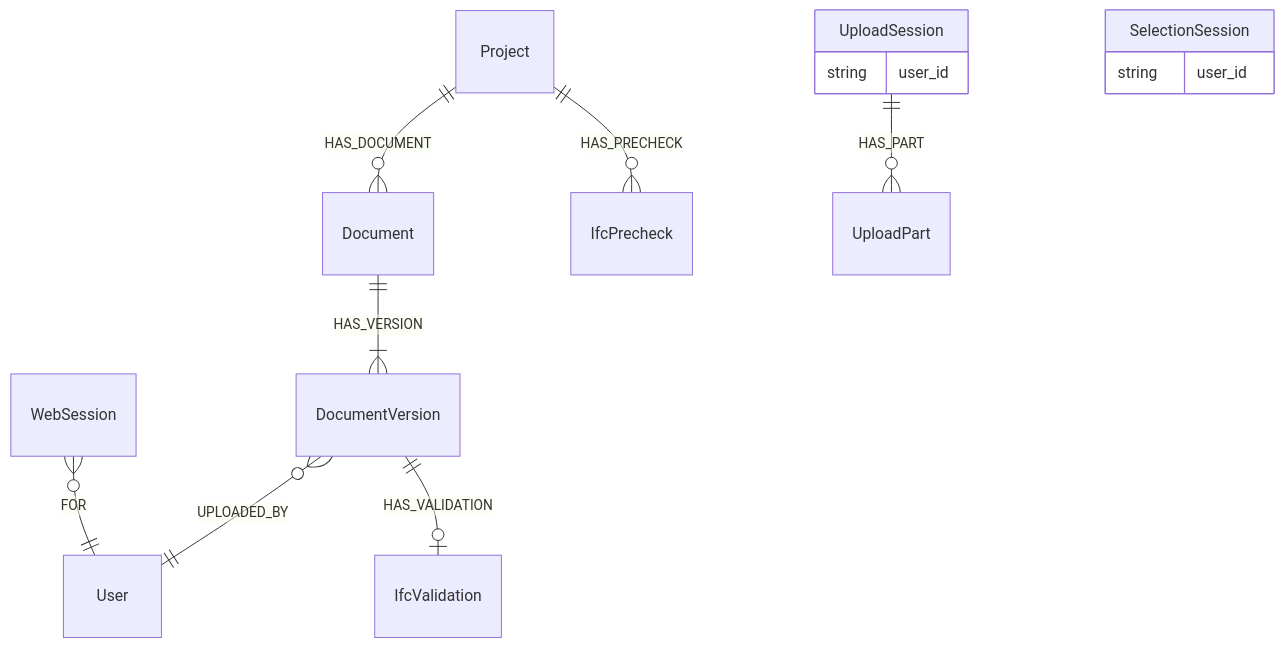
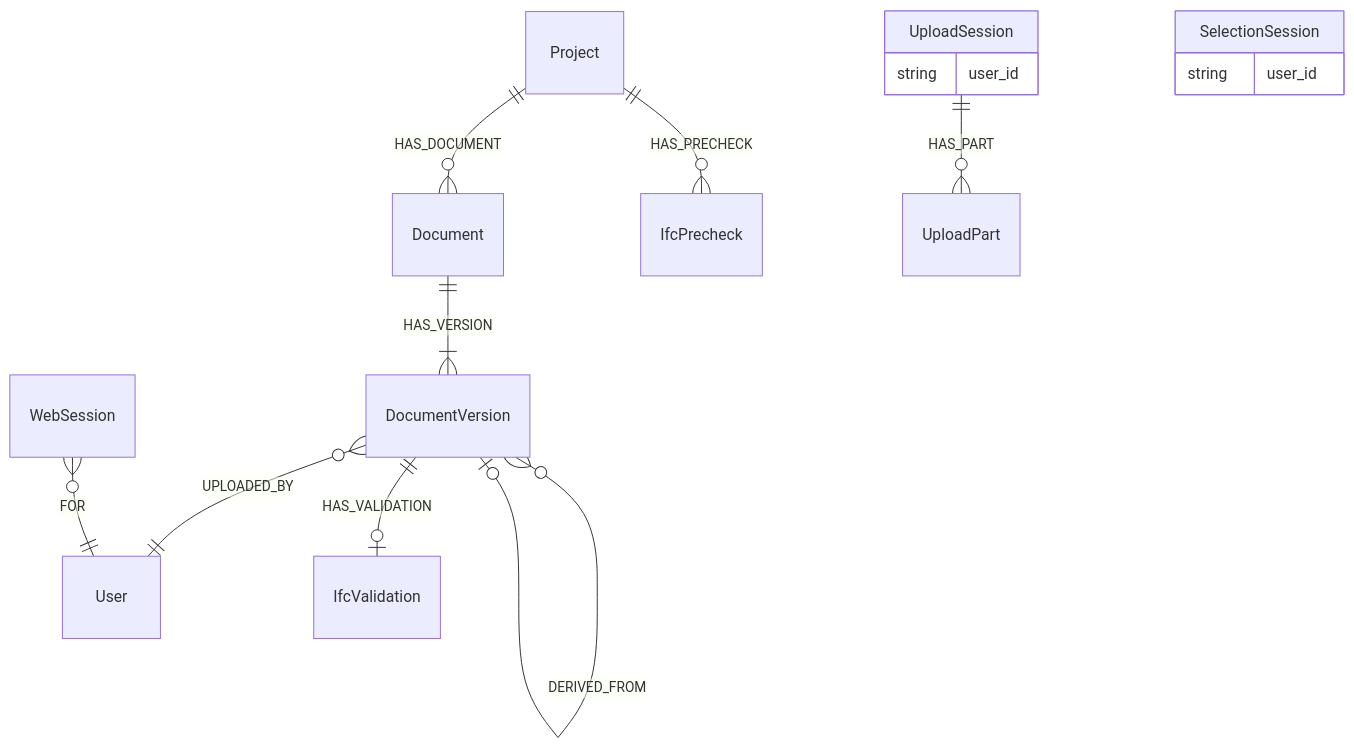
Before and after one commit to marwiss/Kontroll: the fifth of 6 diagrams in docs/da/graph-schema.md, drawn with Mermaid. The commit also changed other lines of this file and 19 other files, not shown here.

````diff
--- a/docs/da/graph-schema.md
+++ b/docs/da/graph-schema.md
@@ -125,16 +125,17 @@
 ```mermaid
 erDiagram
     Project ||--o{ Document : HAS_DOCUMENT
     Document ||--|{ DocumentVersion : HAS_VERSION
     DocumentVersion }o--|| User : UPLOADED_BY
+    DocumentVersion }o--o| DocumentVersion : DERIVED_FROM
     DocumentVersion ||--o| IfcValidation : HAS_VALIDATION
     Project ||--o{ IfcPrecheck : HAS_PRECHECK
     UploadSession ||--o{ UploadPart : HAS_PART
     WebSession }o--|| User : FOR
     UploadSession {
         string user_id
     }
     SelectionSession {
         string user_id
     }
 ```
````
